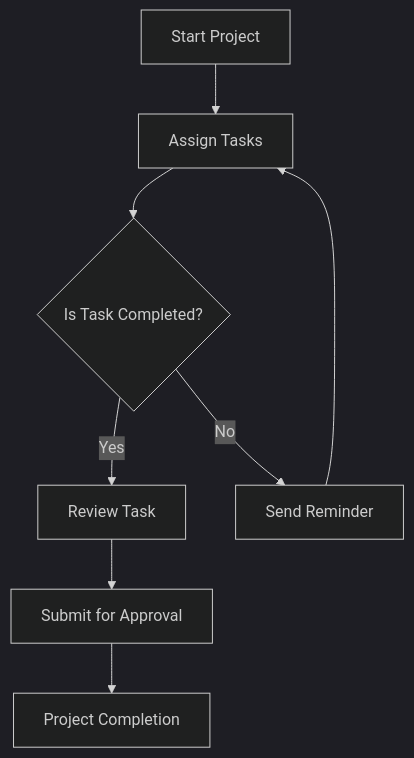
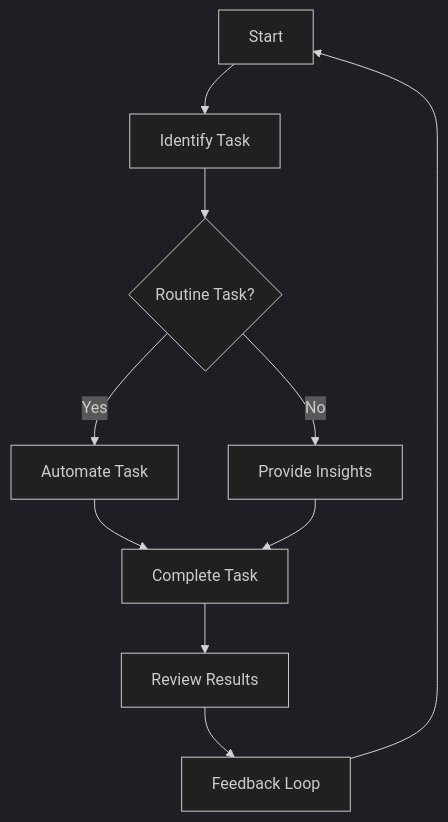
One commit to ai-tools-lab/ai-tools-lab.github.io changed the diagram in content/posts/boosting-productivity-with-ai-agents-in-2026.md. Above: the diagram before and after it, drawn with Mermaid (dark theme). The commit also changed other lines of this file and 52 other files, not shown here.

````diff
--- a/content/posts/boosting-productivity-with-ai-agents-in-2026.md
+++ b/content/posts/boosting-productivity-with-ai-agents-in-2026.md
@@ -109,10 +72,12 @@
 ```mermaid
 graph TD;
-    A[Start Project] --> B[Assign Tasks];
-    B --> C{Is Task Completed?};
-    C -->|Yes| D[Review Task];
-    C -->|No| E[Send Reminder];
-    E --> B;
-    D --> F[Submit for Approval];
-    F --> G[Project Completion];
+    A[Start] --> B[Identify Task]
+    B --> C{Routine Task?}
+    C -->|Yes| D[Automate Task]
+    C -->|No| E[Provide Insights]
+    D --> F[Complete Task]
+    E --> F
+    F --> G[Review Results]
+    G --> H[Feedback Loop]
+    H --> A
 ```
````
